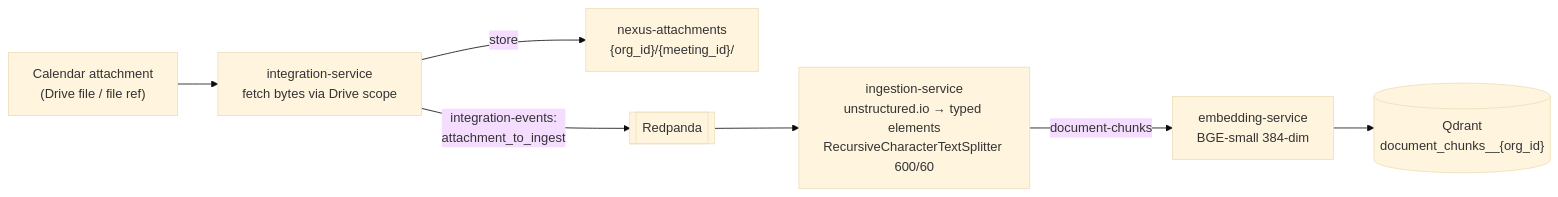
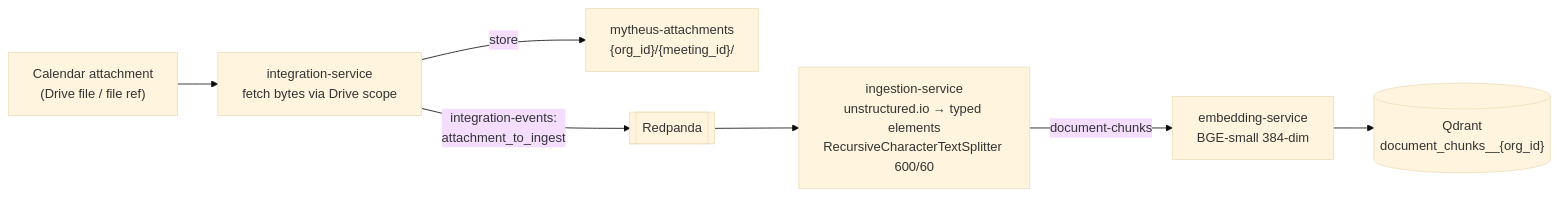
One commit to Mytheus-AI/mytheus-docs changed the fifth of 11 diagrams in 21-integration-architecture.md. Above: the diagram before and after it, drawn with Mermaid (base theme). The commit also changed other lines of this file and 28 other files, not shown here.

First line of the commit message:
docs: rename the object storage buckets from nexus-* to mytheus-* (ADR-0028)

````diff
--- a/21-integration-architecture.md
+++ b/21-integration-architecture.md
@@ -228,9 +228,9 @@
 ```mermaid
 flowchart LR
   ATT["Calendar attachment<br/>(Drive file / file ref)"] --> INTEG["integration-service<br/>fetch bytes via Drive scope"]
-  INTEG -->|store| BKT["nexus-attachments<br/>{org_id}/{meeting_id}/"]
+  INTEG -->|store| BKT["mytheus-attachments<br/>{org_id}/{meeting_id}/"]
   INTEG -->|integration-events:<br/>attachment_to_ingest| RP[["Redpanda"]]
   RP --> ING["ingestion-service<br/>unstructured.io → typed elements<br/>RecursiveCharacterTextSplitter 600/60"]
   ING -->|document-chunks| EMB["embedding-service<br/>BGE-small 384-dim"]
   EMB --> QD[("Qdrant<br/>document_chunks__{org_id}")]
 ```
````
